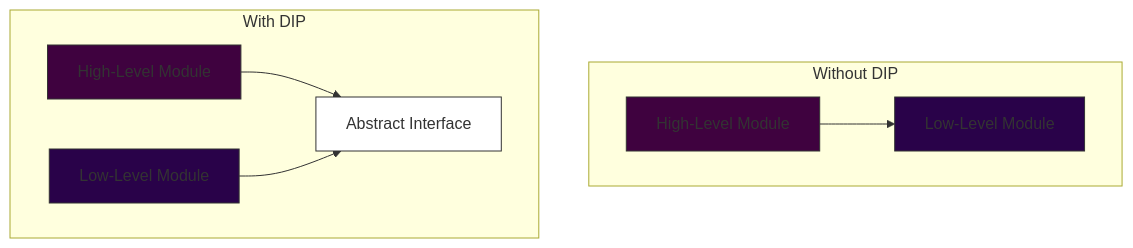
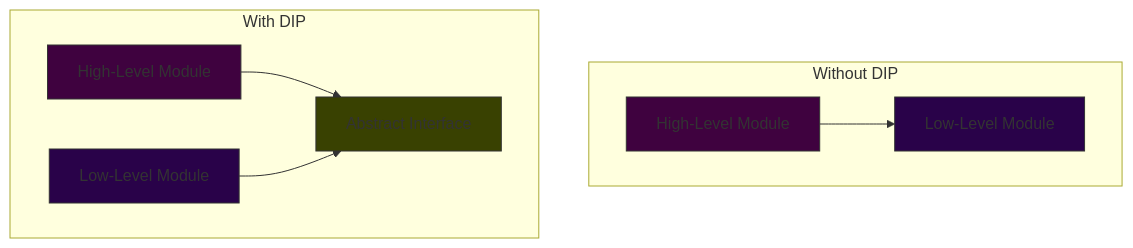
The first of 3 diagrams in DIP/README.md (hezronkimutai/solid_principles), drawn with Mermaid before and after one commit. The commit also changed other lines of this file and 3 other files, not shown here.

````diff
--- a/DIP/README.md
+++ b/DIP/README.md
@@ -12,16 +12,16 @@
 ```mermaid
 graph TD
     subgraph "Without DIP"
     A[High-Level Module] --> B[Low-Level Module]
     style A fill:#3f023f,stroke:#333
     style B fill:#290249,stroke:#333
     end
 
     subgraph "With DIP"
     C[High-Level Module] --> D[Abstract Interface]
     E[Low-Level Module] --> D
     style C fill:#3f023f,stroke:#333
-    style D fill:#fff,stroke:#333
+    style D fill:#394101,stroke:#333
     style E fill:#290249,stroke:#333
     end
 ```
````
